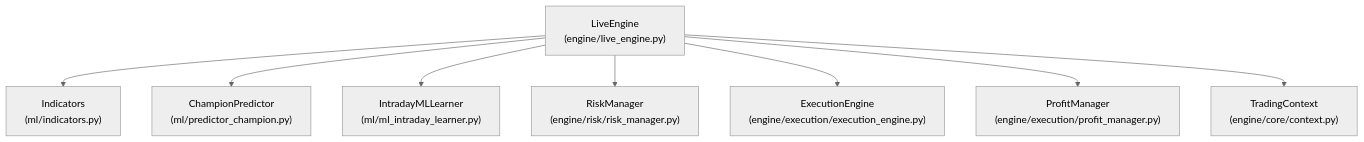
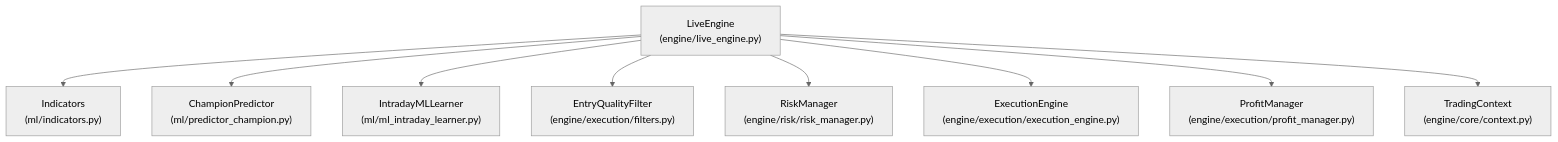
The first of 10 diagrams in .qoder/repowiki/en/content/Core Trading Engine/Live Engine Architecture.md (tauqeersiddiqui-art/tradingsystem), drawn with Mermaid (neutral theme) before and after one commit. The commit also changed other lines of this file and 71 other files, not shown here.

Commit message:
Add rejection-first entry quality filters, entry-quality ML target with fail-hard pipeline, post-trade loss classification, and reproducible Phase-8 backtest

````diff
--- a/.qoder/repowiki/en/content/Core Trading Engine/Live Engine Architecture.md
+++ b/.qoder/repowiki/en/content/Core Trading Engine/Live Engine Architecture.md
@@ -42,18 +52,20 @@
 ```mermaid
 graph TB
 LE["LiveEngine<br/>(engine/live_engine.py)"]
 IND["Indicators<br/>(ml/indicators.py)"]
 ML["ChampionPredictor<br/>(ml/predictor_champion.py)"]
 LNR["IntradayMLLearner<br/>(ml/ml_intraday_learner.py)"]
+EQF["EntryQualityFilter<br/>(engine/execution/filters.py)"]
 RISK["RiskManager<br/>(engine/risk/risk_manager.py)"]
 EXE["ExecutionEngine<br/>(engine/execution/execution_engine.py)"]
 PM["ProfitManager<br/>(engine/execution/profit_manager.py)"]
 CTX["TradingContext<br/>(engine/core/context.py)"]
 LE --> IND
 LE --> ML
 LE --> LNR
+LE --> EQF
 LE --> RISK
 LE --> EXE
 LE --> PM
 LE --> CTX
 ```
````
